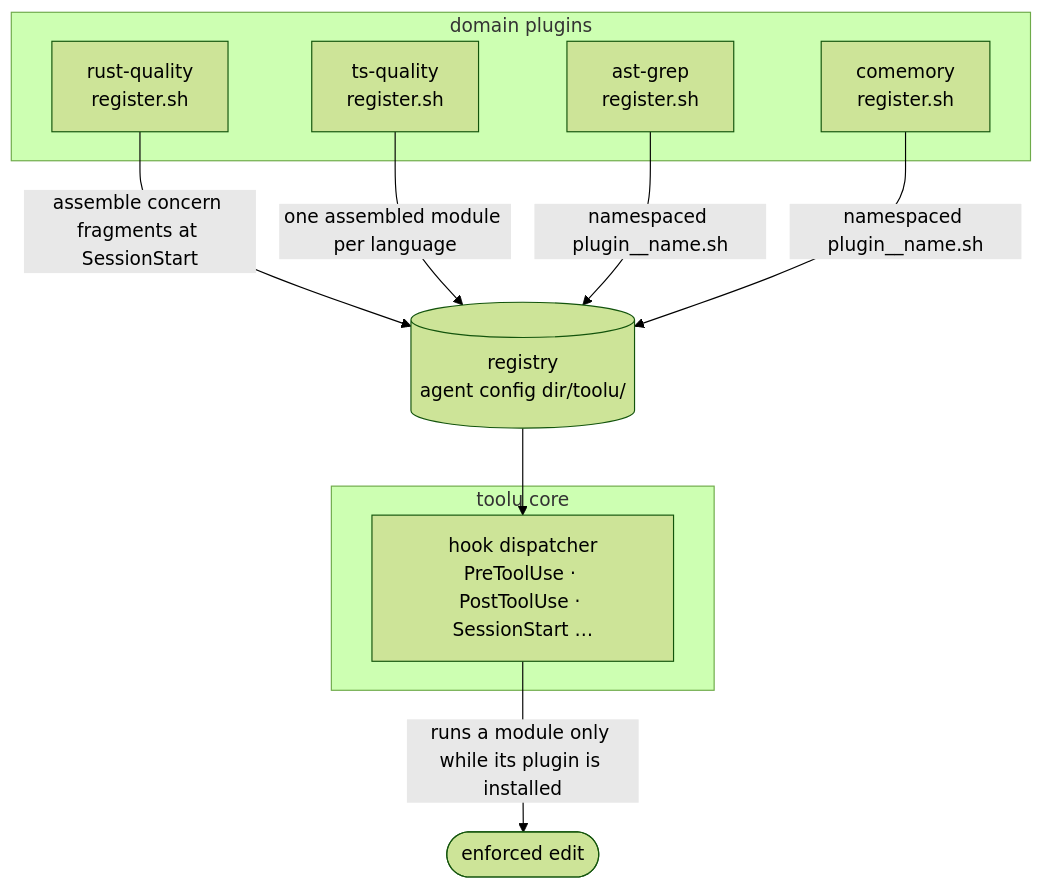
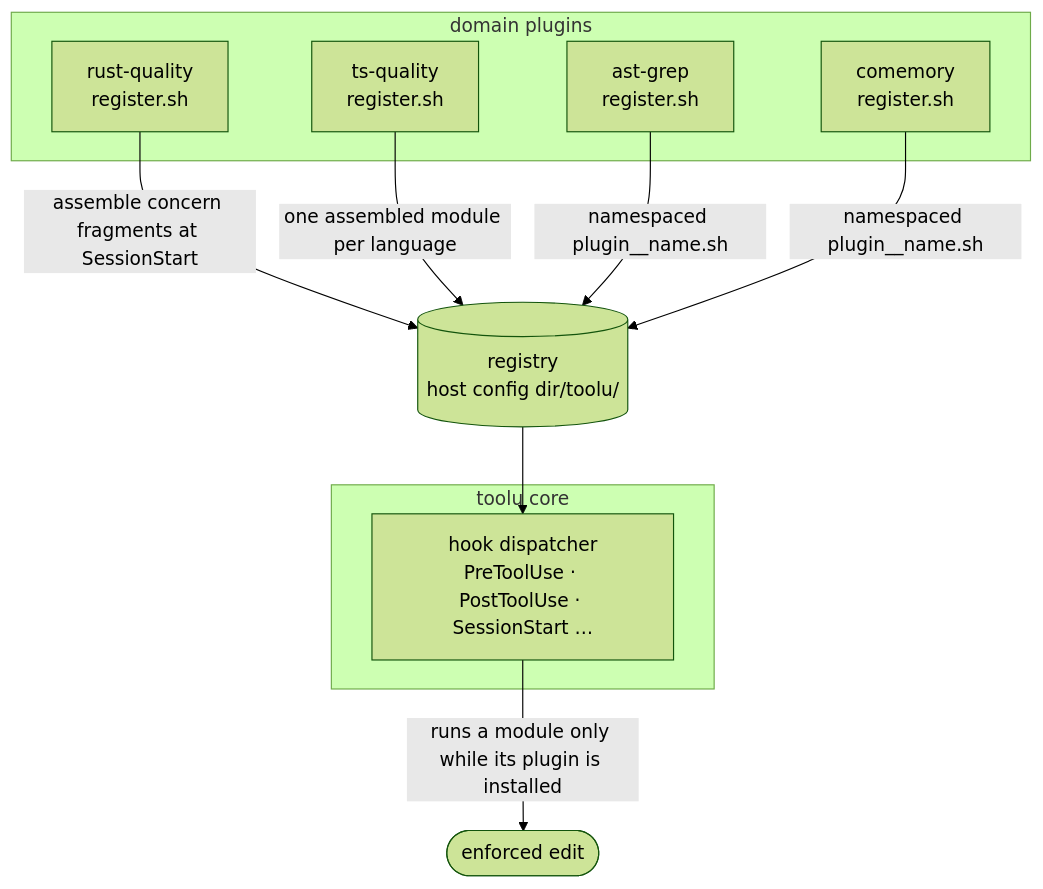
One commit to Falconiere/toolu changed the second of 2 diagrams in README.md. Above: the diagram before and after it, drawn with Mermaid (forest theme). The commit also changed other lines of this file and 180 other files, not shown here.

````diff
--- a/README.md
+++ b/README.md
@@ -162,18 +211,18 @@
 ```mermaid
 flowchart TD
     subgraph core["toolu core"]
         D["hook dispatcher<br/>PreToolUse · PostToolUse · SessionStart …"]
     end
     subgraph plugins["domain plugins"]
         RQ["rust-quality<br/>register.sh"]
         TQ["ts-quality<br/>register.sh"]
         AG["ast-grep<br/>register.sh"]
         CM["comemory<br/>register.sh"]
     end
-    RQ -- "assemble concern fragments at SessionStart" --> R[("registry<br/>agent config dir/toolu/")]
+    RQ -- "assemble concern fragments at SessionStart" --> R[("registry<br/>host config dir/toolu/")]
     TQ -- "one assembled module per language" --> R
     AG -- "namespaced plugin__name.sh" --> R
     CM -- "namespaced plugin__name.sh" --> R
     R --> D
     D -- "runs a module only while its plugin is installed" --> OUT([enforced edit])
 ```
````
